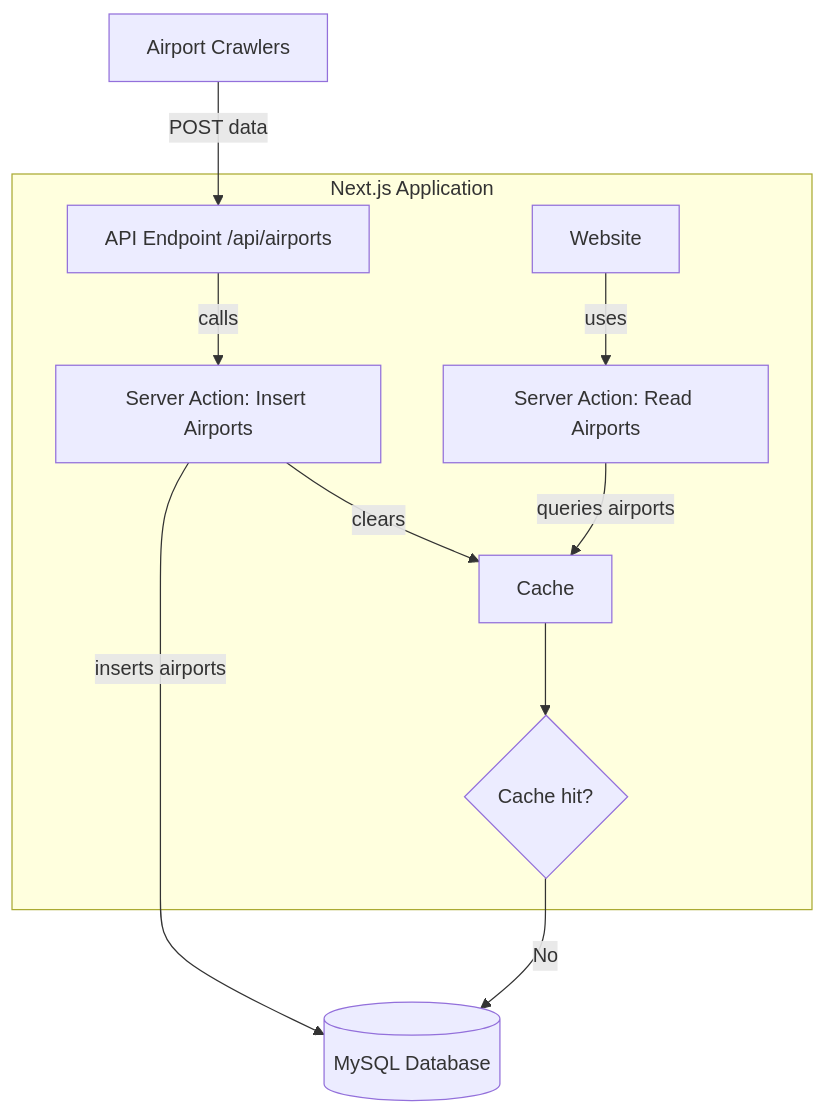
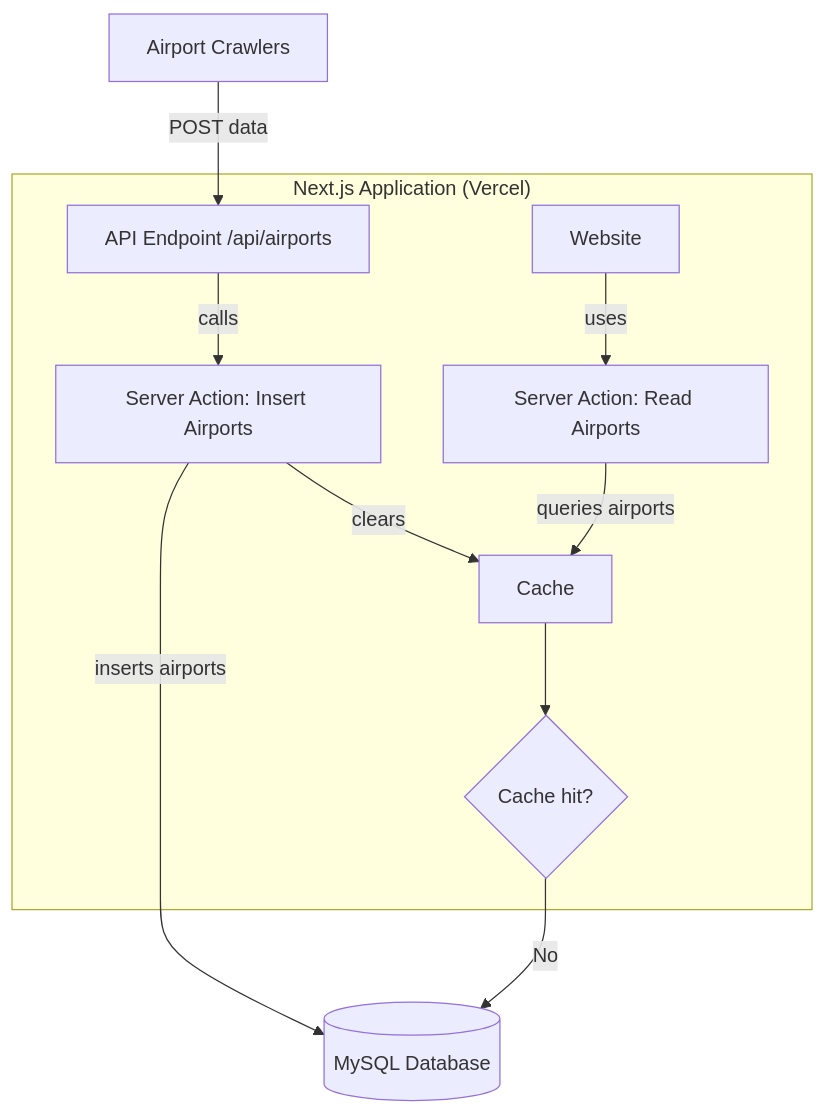
Before and after one commit to alexanderdross/AipAero: the diagram in README.md, drawn with Mermaid. The commit also changed other lines of this file and 2 other files, not shown here.

First line of the commit message:
Document Vercel migration and add CLAUDE.md

````diff
--- a/README.md
+++ b/README.md
@@ -7,19 +12,19 @@
 ```mermaid
 flowchart TD
- subgraph subGraph0["Next.js Application"]
+ subgraph subGraph0["Next.js Application (Vercel)"]
         API["API Endpoint /api/airports"]
         Website["Website"]
         InsertAction["Server Action: Insert Airports"]
         ReadAction["Server Action: Read Airports"]
         Cache["Cache"]
         IsHit{"Cache hit?"}
   end
     Crawlers["Airport Crawlers"] -- POST data --> API
     API -- calls --> InsertAction
     InsertAction -- inserts airports --> MySQL[("MySQL Database")]
     InsertAction -- clears --> Cache
     Website -- uses --> ReadAction
     ReadAction -- queries airports --> Cache
     Cache --> IsHit
     IsHit -- No --> MySQL
 ```
````
